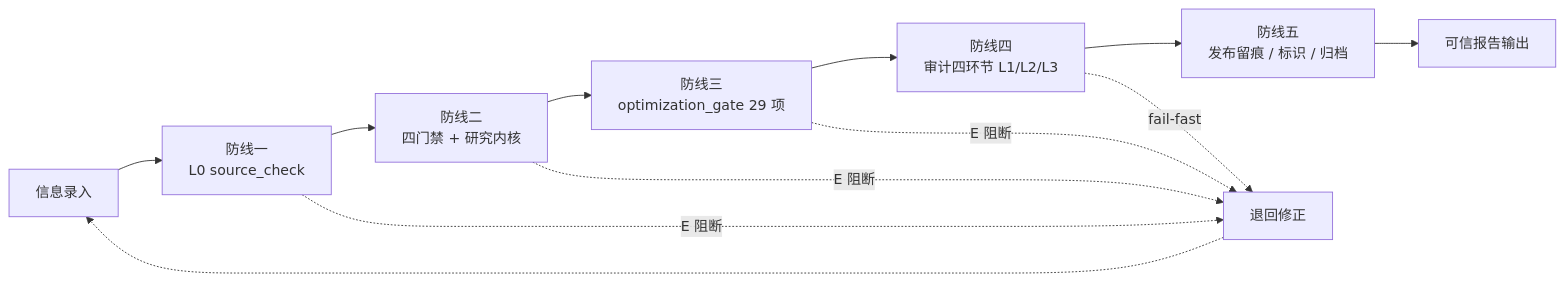
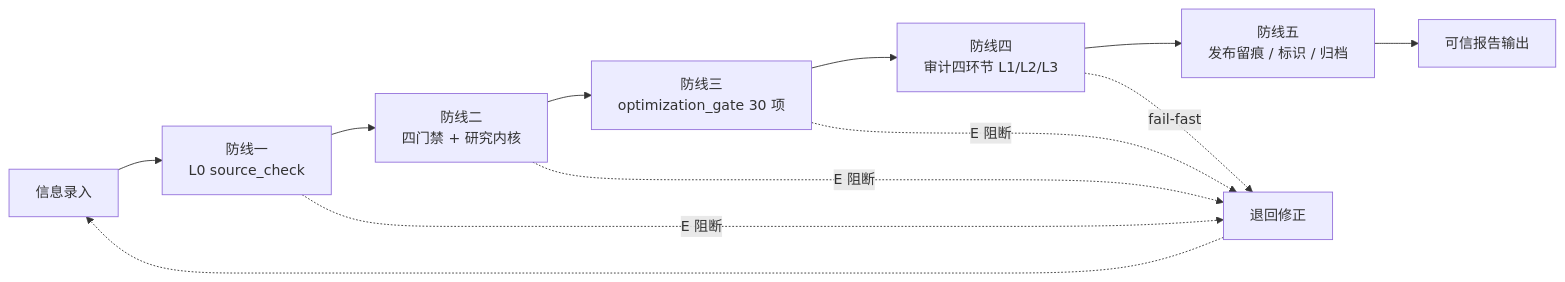
Before and after one commit to hmbphxkw76-byte/tech-context-digest: the second of 4 diagrams in engine/docs/report-pipeline-system.md, drawn with Mermaid. The commit also changed other lines of this file and 100 other files, not shown here.

````diff
--- a/engine/docs/report-pipeline-system.md
+++ b/engine/docs/report-pipeline-system.md
@@ -59,14 +59,14 @@
 ```mermaid
 flowchart LR
     IN["信息录入"] --> D1["防线一<br/>L0 source_check"]
     D1 --> D2["防线二<br/>四门禁 + 研究内核"]
-    D2 --> D3["防线三<br/>optimization_gate 29 项"]
+    D2 --> D3["防线三<br/>optimization_gate 30 项"]
     D3 --> D4["防线四<br/>审计四环节 L1/L2/L3"]
     D4 --> D5["防线五<br/>发布留痕 / 标识 / 归档"]
     D5 --> OUT["可信报告输出"]
     D1 -. "E 阻断" .-> BLOCK["退回修正"]
     D2 -. "E 阻断" .-> BLOCK
     D3 -. "E 阻断" .-> BLOCK
     D4 -. "fail-fast" .-> BLOCK
     BLOCK -.-> IN
 ```
````
